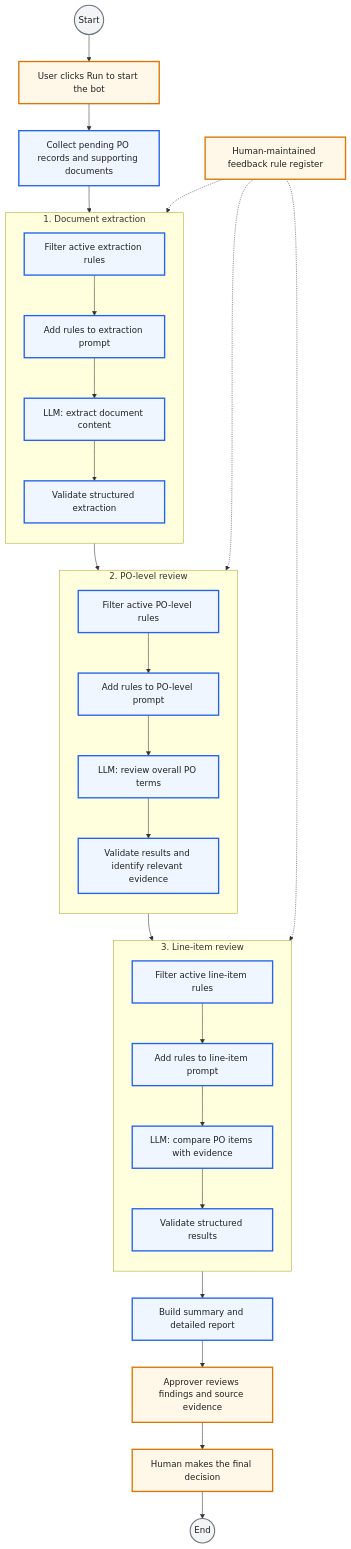
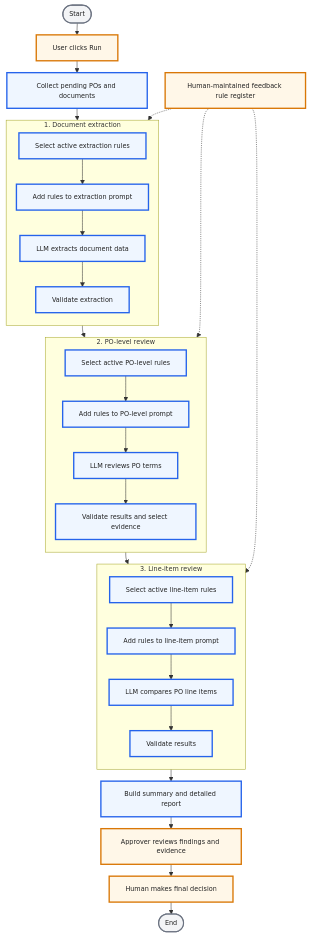
The second of 2 diagrams in README.md (fangyiiwu/ai_assisted_procurement-_review_workflow), drawn with Mermaid before and after one commit. The commit also changed other lines of this file, not shown here.

Commit message:
doc: fix for to be mermaid start icon size

````diff
--- a/README.md
+++ b/README.md
@@ -52,45 +52,46 @@
 ```mermaid
+%%{init: {"flowchart": {"nodeSpacing": 18, "rankSpacing": 22, "diagramPadding": 4}, "themeVariables": {"fontSize": "12px"}}}%%
 flowchart TD
-    START((Start)) --> BEGIN[User clicks Run to start the bot]
-    BEGIN --> COLLECT[Collect pending PO records and supporting documents]
+    START([Start]) --> BEGIN[User clicks Run]
+    BEGIN --> COLLECT[Collect pending POs and documents]
 
     subgraph EXTRACTION["1. Document extraction"]
         direction TB
-        EXT_RULES[Filter active extraction rules] --> EXT_PROMPT[Add rules to extraction prompt]
-        EXT_PROMPT --> EXT_LLM[LLM: extract document content]
-        EXT_LLM --> EXT_VALIDATE[Validate structured extraction]
+        EXT_RULES[Select active extraction rules] --> EXT_PROMPT[Add rules to extraction prompt]
+        EXT_PROMPT --> EXT_LLM[LLM extracts document data]
+        EXT_LLM --> EXT_VALIDATE[Validate extraction]
     end
     COLLECT --> EXT_RULES
 
     subgraph DOC_AUDIT["2. PO-level review"]
         direction TB
-        DOC_RULES[Filter active PO-level rules] --> DOC_PROMPT[Add rules to PO-level prompt]
-        DOC_PROMPT --> DOC_LLM[LLM: review overall PO terms]
-        DOC_LLM --> DOC_VALIDATE[Validate results and identify relevant evidence]
+        DOC_RULES[Select active PO-level rules] --> DOC_PROMPT[Add rules to PO-level prompt]
+        DOC_PROMPT --> DOC_LLM[LLM reviews PO terms]
+        DOC_LLM --> DOC_VALIDATE[Validate results and select evidence]
     end
     EXT_VALIDATE --> DOC_RULES
 
     subgraph ITEM_AUDIT["3. Line-item review"]
         direction TB
-        ITEM_RULES[Filter active line-item rules] --> ITEM_PROMPT[Add rules to line-item prompt]
-        ITEM_PROMPT --> ITEM_LLM[LLM: compare PO items with evidence]
-        ITEM_LLM --> ITEM_VALIDATE[Validate structured results]
+        ITEM_RULES[Select active line-item rules] --> ITEM_PROMPT[Add rules to line-item prompt]
+        ITEM_PROMPT --> ITEM_LLM[LLM compares PO line items]
+        ITEM_LLM --> ITEM_VALIDATE[Validate results]
     end
     DOC_VALIDATE --> ITEM_RULES
 
     ITEM_VALIDATE --> REPORT[Build summary and detailed report]
-    REPORT --> REVIEW[Approver reviews findings and source evidence]
-    REVIEW --> DECISION[Human makes the final decision]
-    DECISION --> FINISH((End))
+    REPORT --> REVIEW[Approver reviews findings and evidence]
+    REVIEW --> DECISION[Human makes final decision]
+    DECISION --> FINISH([End])
 
     FEEDBACK[Human-maintained feedback rule register] -.-> EXT_RULES
     FEEDBACK -.-> DOC_RULES
     FEEDBACK -.-> ITEM_RULES
 
     classDef human fill:#FFF7E8,stroke:#D97706,stroke-width:2.5px,color:#222222
     classDef bot fill:#EFF6FF,stroke:#2563EB,stroke-width:2.5px,color:#222222
     classDef boundary fill:#F3F4F6,stroke:#6B7280,stroke-width:2px,color:#222222
     class BEGIN,REVIEW,DECISION,FEEDBACK human
     class COLLECT,EXT_RULES,EXT_PROMPT,EXT_LLM,EXT_VALIDATE,DOC_RULES,DOC_PROMPT,DOC_LLM,DOC_VALIDATE,ITEM_RULES,ITEM_PROMPT,ITEM_LLM,ITEM_VALIDATE,REPORT bot
     class START,FINISH boundary
 ```
````
